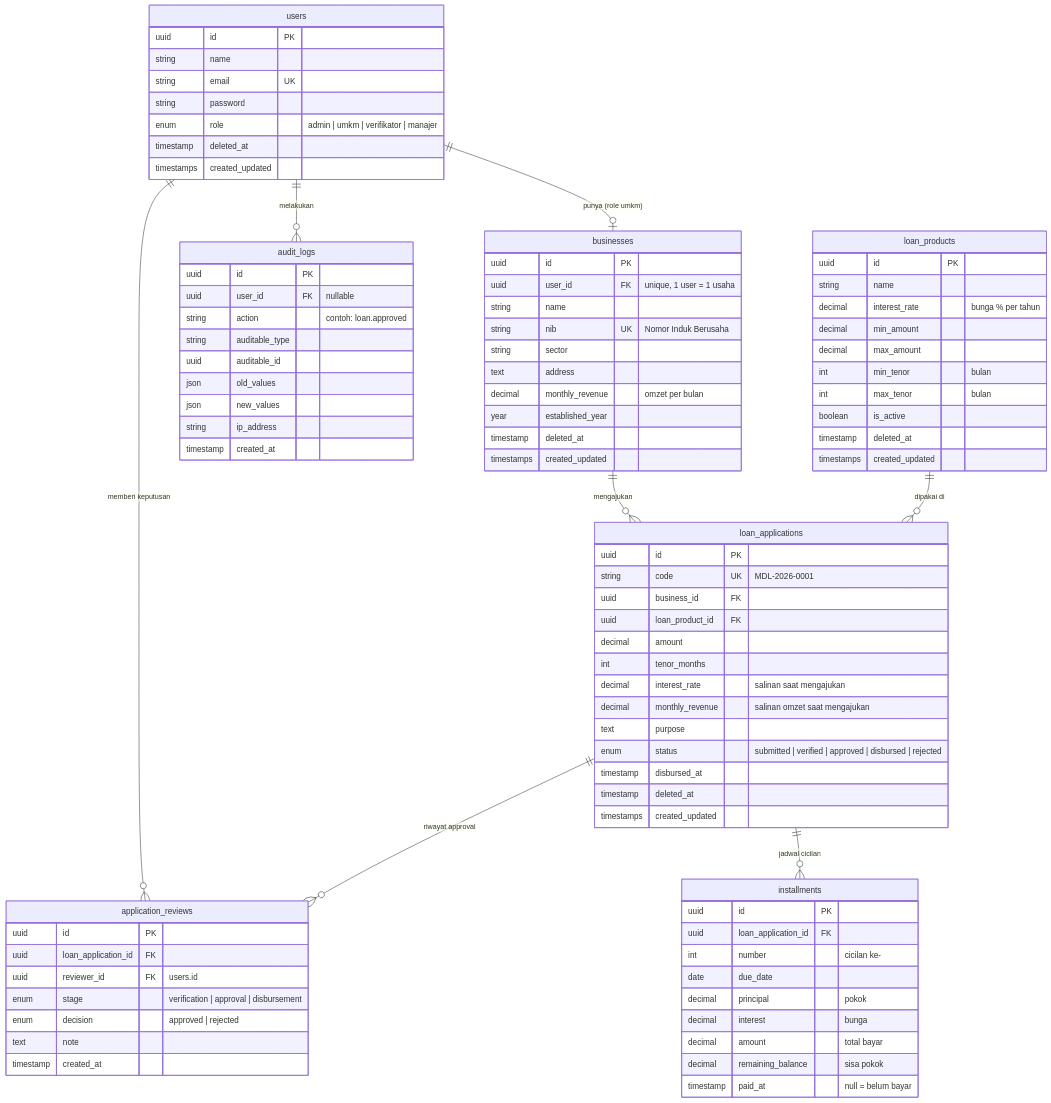
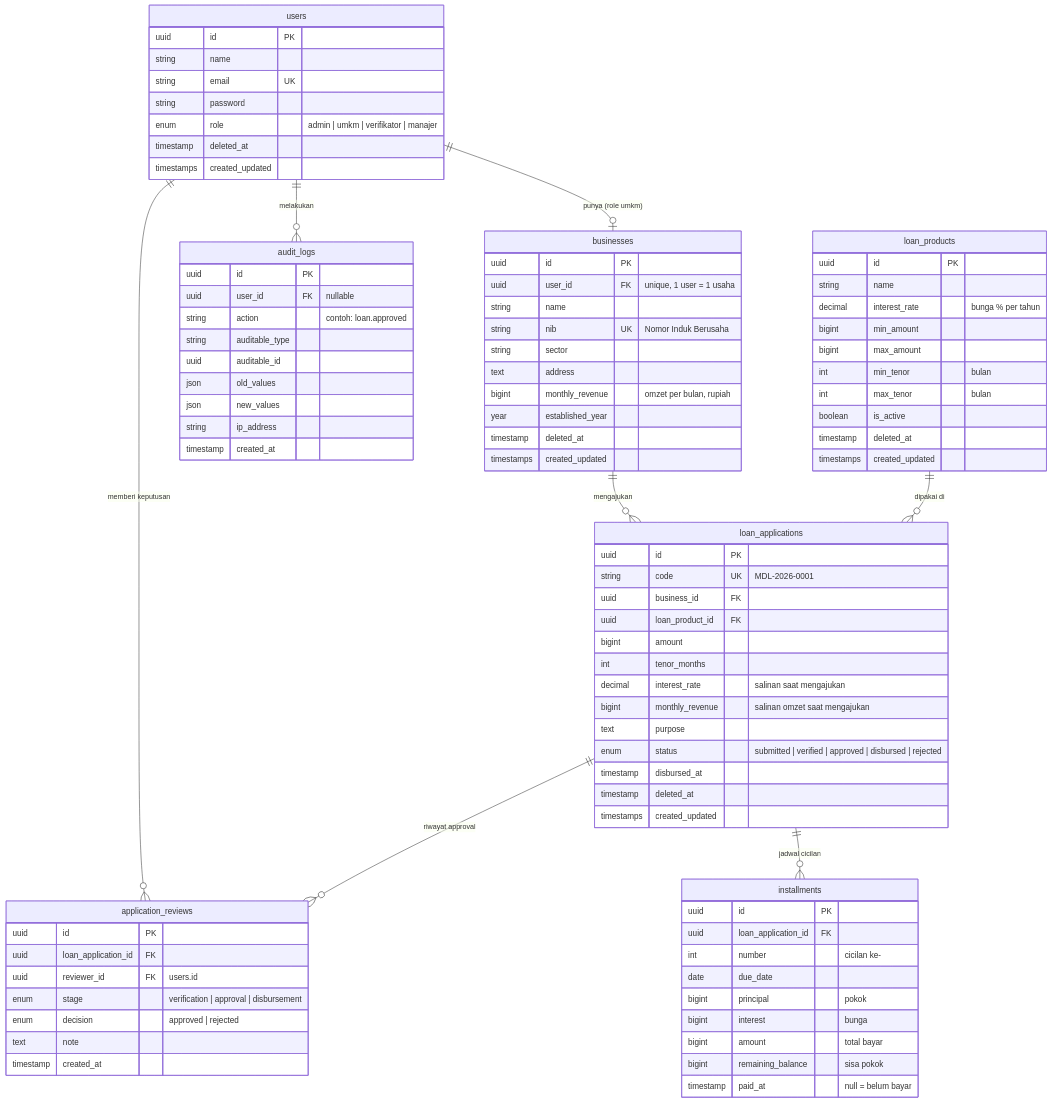
One commit to Irana06/Modalin changed the first of 2 diagrams in docs/ERD.md. Above: the diagram before and after it, drawn with Mermaid. The commit also changed other lines of this file and 28 other files, not shown here.

```diff
--- a/docs/ERD.md
+++ b/docs/ERD.md
@@ -30,7 +30,7 @@
         string nib UK "Nomor Induk Berusaha"
         string sector
         text address
-        decimal monthly_revenue "omzet per bulan"
+        bigint monthly_revenue "omzet per bulan, rupiah"
         year established_year
         timestamp deleted_at
         timestamps created_updated
@@ -40,8 +40,8 @@
         uuid id PK
         string name
         decimal interest_rate "bunga % per tahun"
-        decimal min_amount
-        decimal max_amount
+        bigint min_amount
+        bigint max_amount
         int min_tenor "bulan"
         int max_tenor "bulan"
         boolean is_active
@@ -54,10 +54,10 @@
         string code UK "MDL-2026-0001"
         uuid business_id FK
         uuid loan_product_id FK
-        decimal amount
+        bigint amount
         int tenor_months
         decimal interest_rate "salinan saat mengajukan"
-        decimal monthly_revenue "salinan omzet saat mengajukan"
+        bigint monthly_revenue "salinan omzet saat mengajukan"
         text purpose
         enum status "submitted | verified | approved | disbursed | rejected"
         timestamp disbursed_at
@@ -80,10 +80,10 @@
         uuid loan_application_id FK
         int number "cicilan ke-"
         date due_date
-        decimal principal "pokok"
-        decimal interest "bunga"
-        decimal amount "total bayar"
-        decimal remaining_balance "sisa pokok"
+        bigint principal "pokok"
+        bigint interest "bunga"
+        bigint amount "total bayar"
+        bigint remaining_balance "sisa pokok"
         timestamp paid_at "null = belum bayar"
     }
 
```
